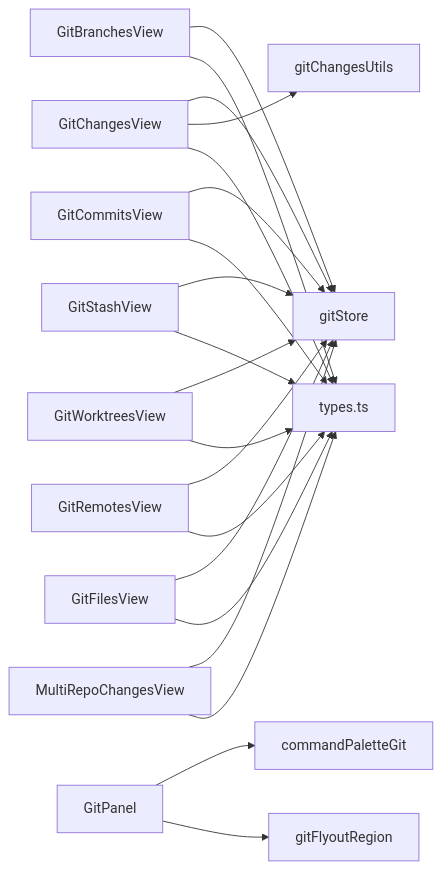
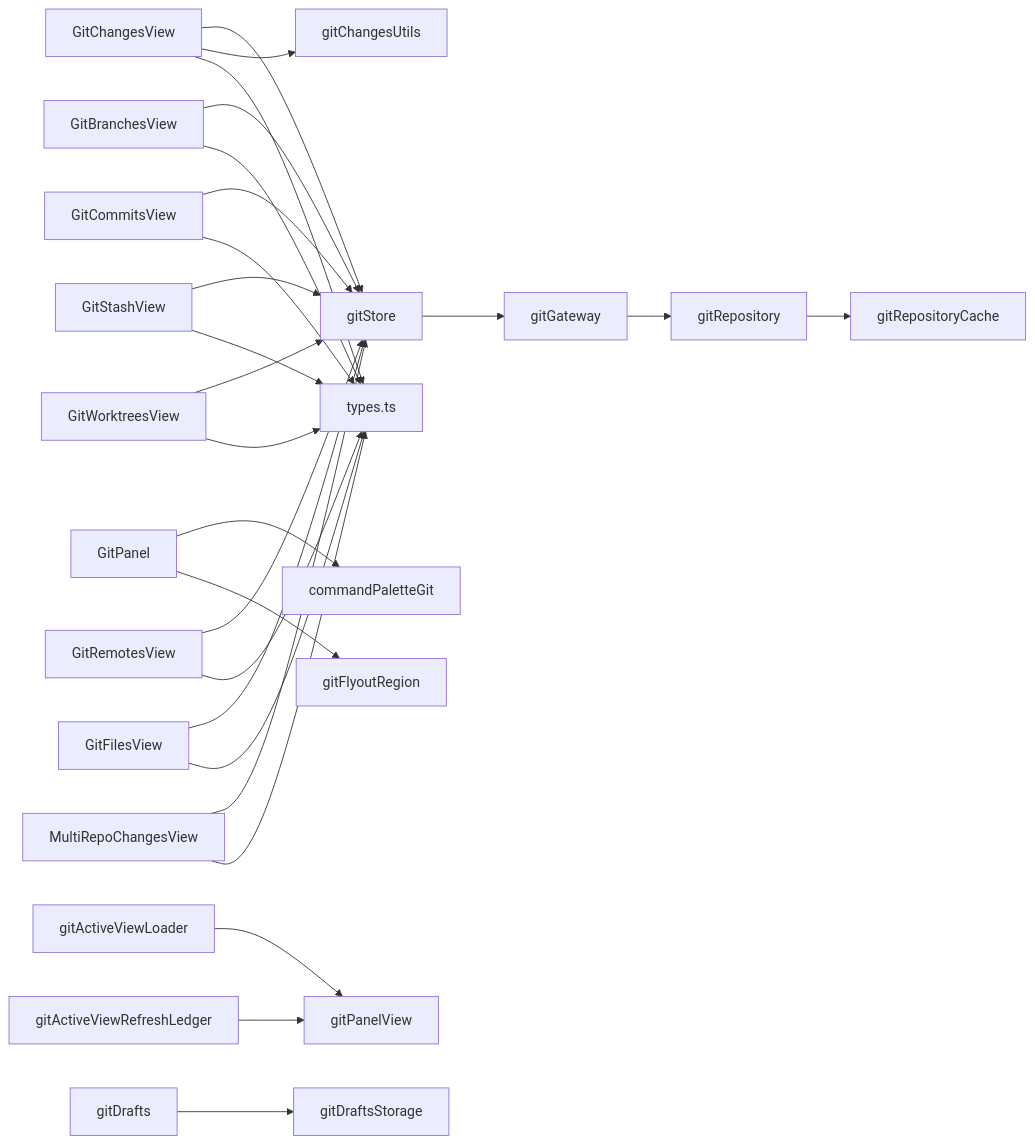
The sixth of 6 diagrams in .qoder/repowiki/zh/content/核心功能/Git 版本控制/Git 版本控制.md (yattin/panes), drawn with Mermaid before and after one commit. The commit also changed other lines of this file and 45 other files, not shown here.

````diff
--- a/.qoder/repowiki/zh/content/核心功能/Git 版本控制/Git 版本控制.md
+++ b/.qoder/repowiki/zh/content/核心功能/Git 版本控制/Git 版本控制.md
@@ -350,22 +372,28 @@
 ```mermaid
 graph LR
 GC["GitChangesView"] --> GST["gitStore"]
 GB["GitBranchesView"] --> GST
 GM["GitCommitsView"] --> GST
 GS["GitStashView"] --> GST
 GW["GitWorktreesView"] --> GST
 GR["GitRemotesView"] --> GST
 GF["GitFilesView"] --> GST
 MR["MultiRepoChangesView"] --> GST
 GC --> UTIL["gitChangesUtils"]
 GP["GitPanel"] --> CMD["commandPaletteGit"]
 GP --> FLY["gitFlyoutRegion"]
 GC --> T["types.ts"]
 GB --> T
 GM --> T
 GS --> T
 GW --> T
 GR --> T
 GF --> T
 MR --> T
+GST --> GG["gitGateway"]
+GG --> GRepo["gitRepository"]
+GRepo --> GRC["gitRepositoryCache"]
+GAVL["gitActiveViewLoader"] --> GPV["gitPanelView"]
+GAVRL["gitActiveViewRefreshLedger"] --> GPV
+GD["gitDrafts"] --> GDS["gitDraftsStorage"]
 ```
````
